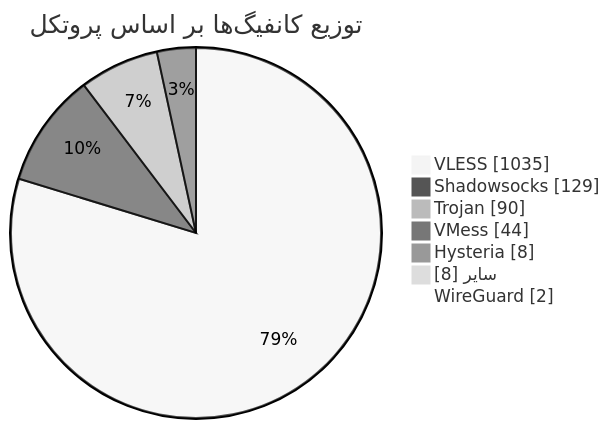
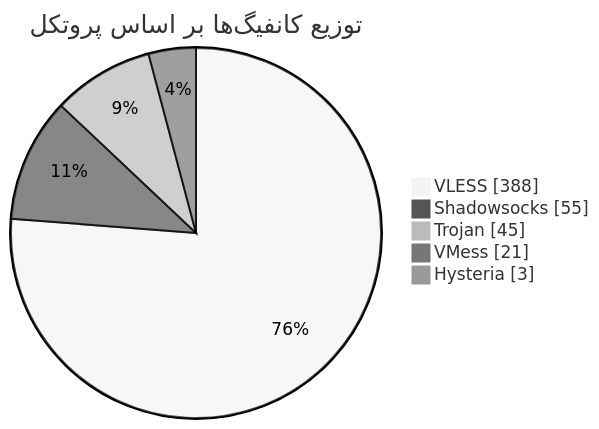
The diagram in README.md (Arian-Alijani/Somthing), drawn with Mermaid (neutral theme) before and after one commit. The commit also changed other lines of this file and 105 other files, not shown here.

````diff
--- a/README.md
+++ b/README.md
@@ -49,11 +47,9 @@
 ```mermaid
 pie showData
     title توزیع کانفیگ‌ها بر اساس پروتکل
-    "VLESS" : 1035
-    "Shadowsocks" : 129
-    "Trojan" : 90
-    "VMess" : 44
-    "Hysteria" : 8
-    "سایر" : 8
-    "WireGuard" : 2
+    "VLESS" : 388
+    "Shadowsocks" : 55
+    "Trojan" : 45
+    "VMess" : 21
+    "Hysteria" : 3
 ```
````
